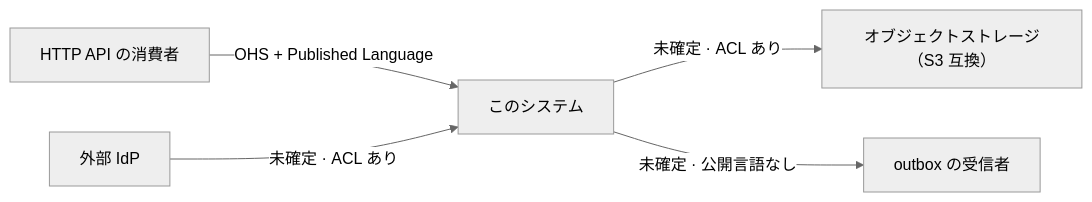
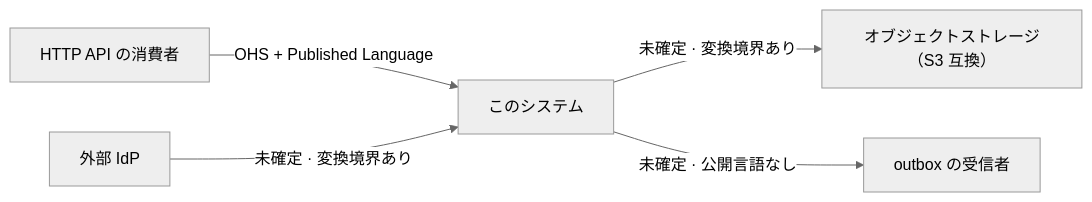
One commit to Tomy-ch/go-boilerplate changed the diagram in docs/ja/design/context-map.ja.md. Above: the diagram before and after it, drawn with Mermaid (neutral theme). The commit also changed other lines of this file and 1 other file, not shown here.

````diff
--- a/docs/ja/design/context-map.ja.md
+++ b/docs/ja/design/context-map.ja.md
@@ -67,7 +73,7 @@
 ```mermaid
 flowchart LR
     Consumers["HTTP API の消費者"] -->|OHS + Published Language| SUT["このシステム"]
-    IdP["外部 IdP"] -->|未確定 · ACL あり| SUT
-    SUT -->|未確定 · ACL あり| Storage["オブジェクトストレージ（S3 互換）"]
+    IdP["外部 IdP"] -->|未確定 · 変換境界あり| SUT
+    SUT -->|未確定 · 変換境界あり| Storage["オブジェクトストレージ（S3 互換）"]
     SUT -->|未確定 · 公開言語なし| Receivers["outbox の受信者"]
 ```
````
